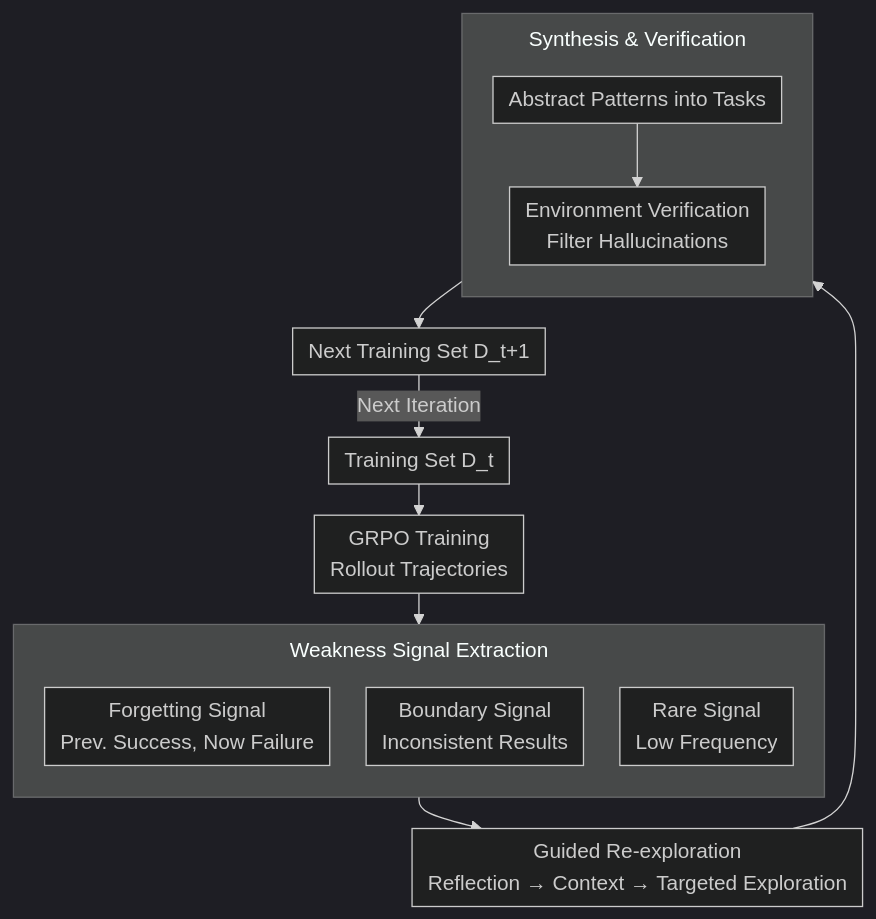
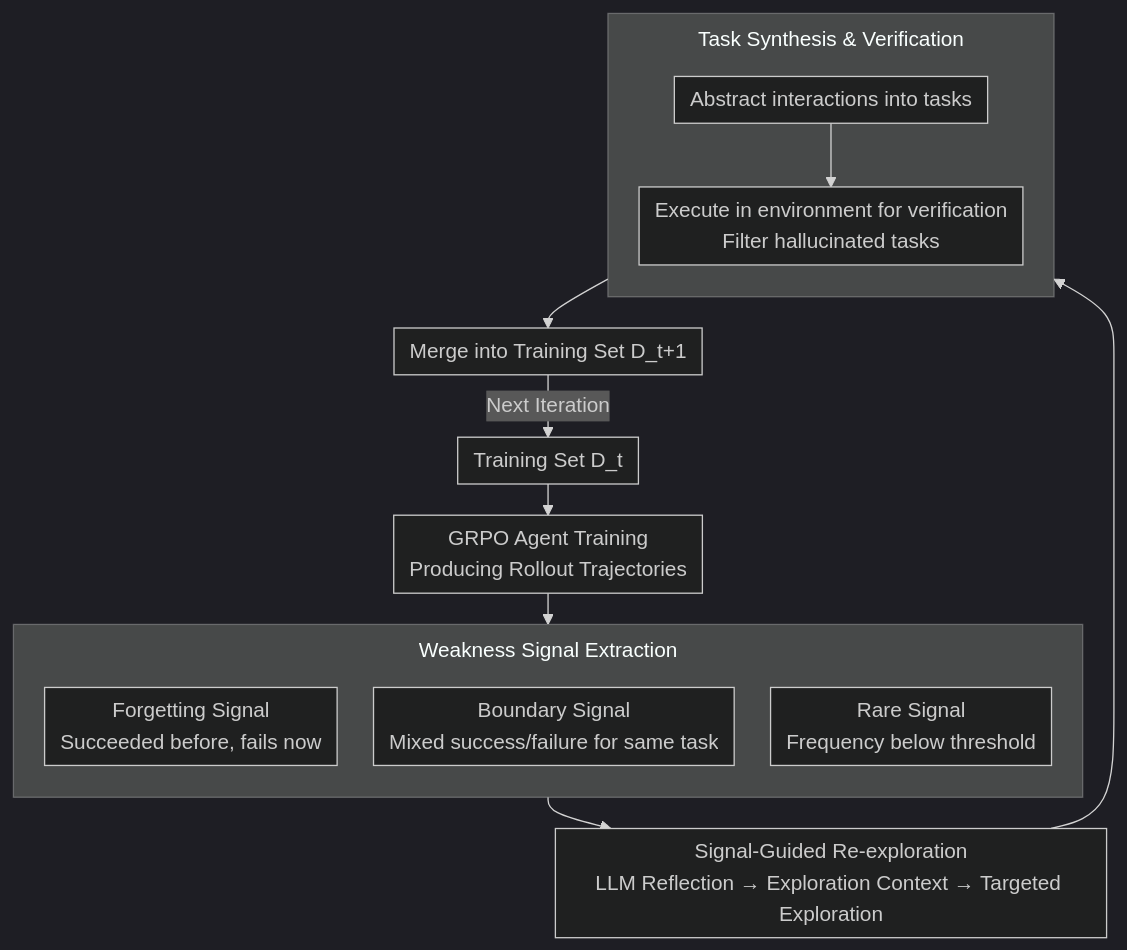
One commit to zhaoyang97/Paper-Notes-en changed the diagram in docs/ACL2026/llm_agent/coevolve_training_llm_agents_via_agent-data_mutual_evolution.md. Above: the diagram before and after it, drawn with Mermaid (dark theme). The commit also changed other lines of this file and 5084 other files, not shown here.

````diff
--- a/docs/ACL2026/llm_agent/coevolve_training_llm_agents_via_agent-data_mutual_evolution.md
+++ b/docs/ACL2026/llm_agent/coevolve_training_llm_agents_via_agent-data_mutual_evolution.md
@@ -43,20 +43,20 @@
 ```mermaid
 %%{init: {'flowchart': {'rankSpacing': 24, 'nodeSpacing': 28, 'padding': 6, 'wrappingWidth': 400, 'subGraphTitleMargin': {'top': 8, 'bottom': 16}}}}%%
 flowchart TD
-    A["Training Set D_t"] --> B["GRPO Training<br/>Rollout Trajectories"]
+    A["Training Set D_t"] --> B["GRPO Agent Training<br/>Producing Rollout Trajectories"]
     subgraph SIG["Weakness Signal Extraction"]
         direction TB
-        C1["Forgetting Signal<br/>Prev. Success, Now Failure"]
-        C2["Boundary Signal<br/>Inconsistent Results"]
-        C3["Rare Signal<br/>Low Frequency"]
+        C1["Forgetting Signal<br/>Succeeded before, fails now"]
+        C2["Boundary Signal<br/>Mixed success/failure for same task"]
+        C3["Rare Signal<br/>Frequency below threshold"]
     end
     B --> SIG
-    SIG --> D["Guided Re-exploration<br/>Reflection → Context → Targeted Exploration"]
-    subgraph SYN["Synthesis & Verification"]
+    SIG --> D["Signal-Guided Re-exploration<br/>LLM Reflection → Exploration Context → Targeted Exploration"]
+    subgraph SYN["Task Synthesis & Verification"]
         direction TB
-        E1["Abstract Patterns into Tasks"] --> E2["Environment Verification<br/>Filter Hallucinations"]
+        E1["Abstract interactions into tasks"] --> E2["Execute in environment for verification<br/>Filter hallucinated tasks"]
     end
     D --> SYN
-    SYN --> F["Next Training Set D_t+1"]
+    SYN --> F["Merge into Training Set D_t+1"]
     F -->|Next Iteration| A
 ```
````
